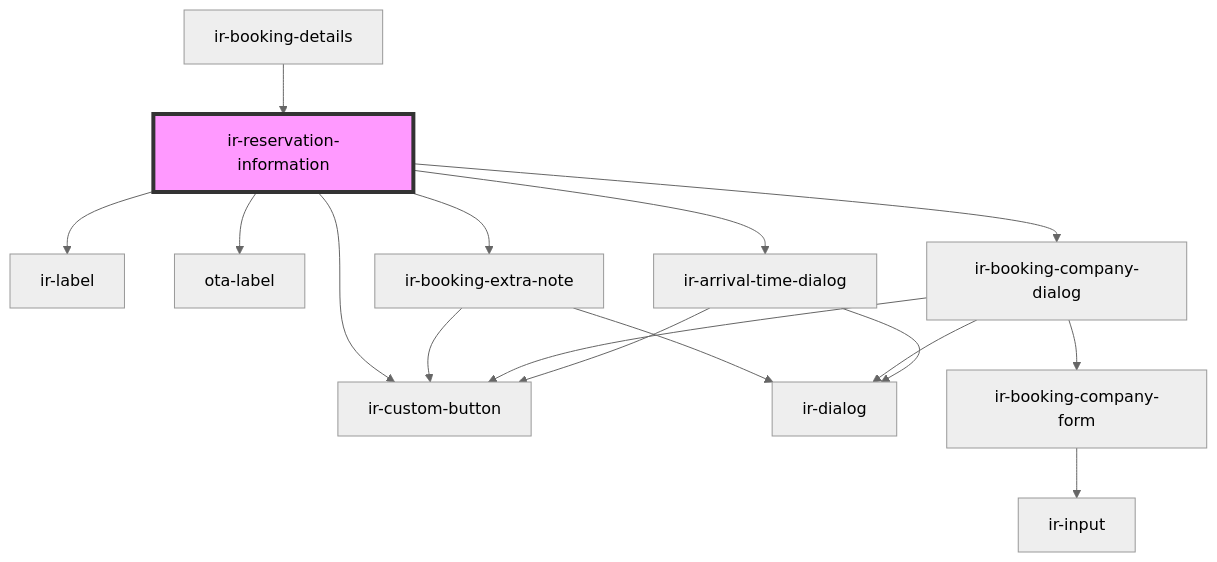
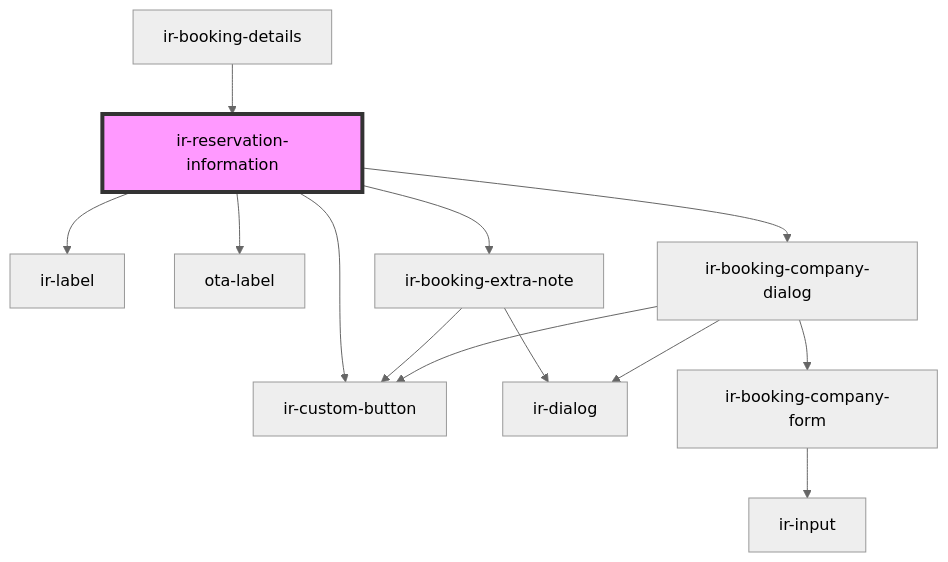
One commit to RonyRizk/ir-webcmp changed the diagram in src/components/ir-booking-details/ir-reservation-information/readme.md. Above: the diagram before and after it, drawn with Mermaid (neutral theme). The commit also changed other lines of this file and 244 other files, not shown here.

````diff
--- a/src/components/ir-booking-details/ir-reservation-information/readme.md
+++ b/src/components/ir-booking-details/ir-reservation-information/readme.md
@@ -40,19 +38,16 @@
 ```mermaid
 graph TD;
   ir-reservation-information --> ir-label
   ir-reservation-information --> ir-custom-button
   ir-reservation-information --> ota-label
   ir-reservation-information --> ir-booking-extra-note
   ir-reservation-information --> ir-booking-company-dialog
-  ir-reservation-information --> ir-arrival-time-dialog
   ir-booking-extra-note --> ir-dialog
   ir-booking-extra-note --> ir-custom-button
   ir-booking-company-dialog --> ir-dialog
   ir-booking-company-dialog --> ir-booking-company-form
   ir-booking-company-dialog --> ir-custom-button
   ir-booking-company-form --> ir-input
-  ir-arrival-time-dialog --> ir-dialog
-  ir-arrival-time-dialog --> ir-custom-button
   ir-booking-details --> ir-reservation-information
   style ir-reservation-information fill:#f9f,stroke:#333,stroke-width:4px
 ```
````
